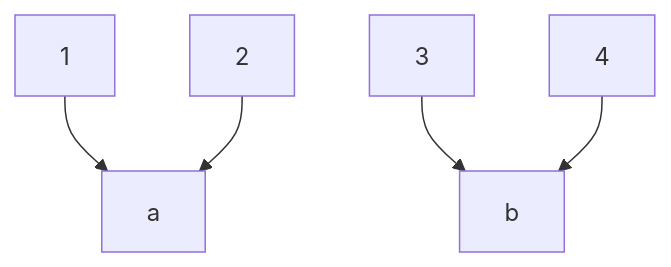
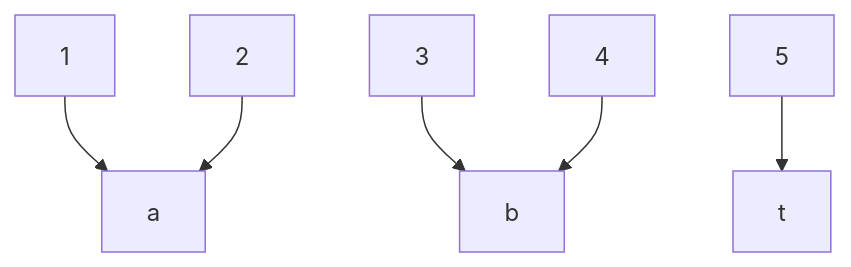
The third of 4 diagrams in Отношенния соответствия.md (JustAGod1/itmo-zettlecasten), drawn with Mermaid before and after one commit. The commit also changed other lines of this file and 2 other files, not shown here.

Commit message:
one more commit

````diff
--- a/Отношенния соответствия.md
+++ b/Отношенния соответствия.md
@@ -20,7 +21,8 @@
 ```mermaid
 graph TD;
 	1 --> a;
 	2 --> a;
 	3 --> b;
 	4 --> b;
+	5 --> t;
 ```
````
